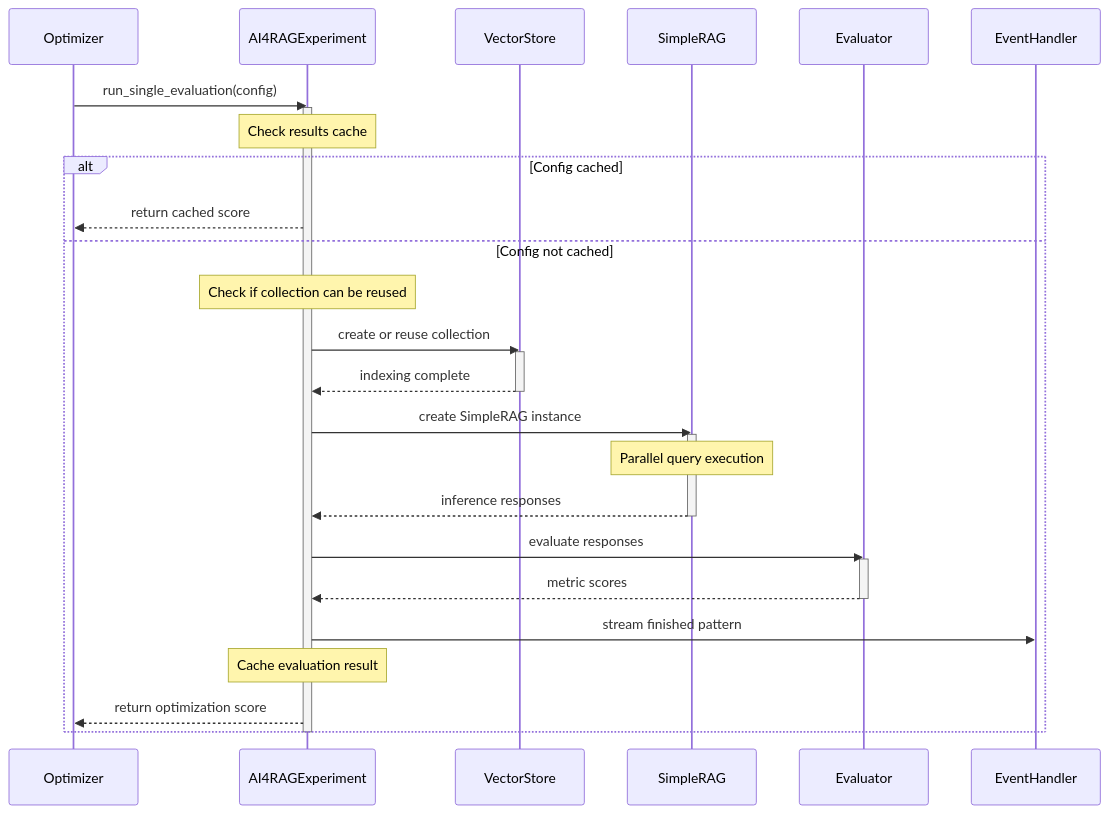
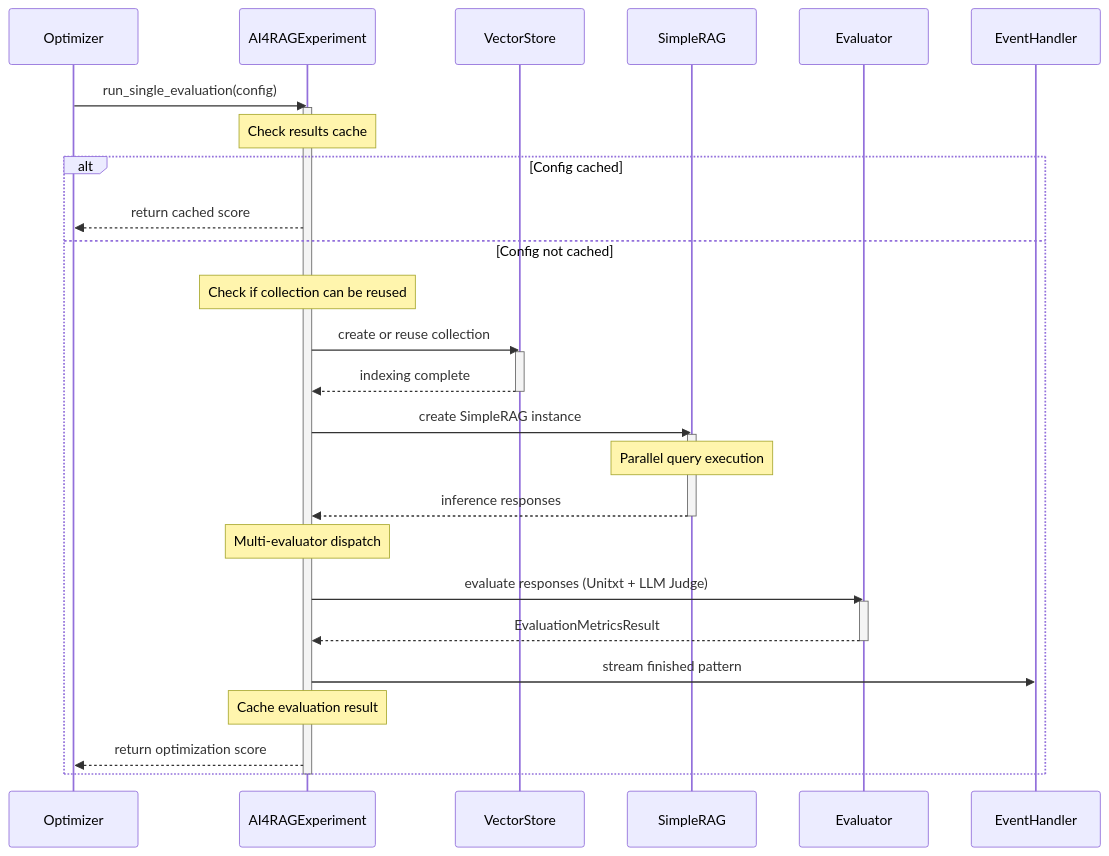
The second of 3 diagrams in docs/architecture/core-components.md (IBM/ai4rag), drawn with Mermaid before and after one commit. The commit also changed other lines of this file and 8 other files, not shown here.

````diff
--- a/docs/architecture/core-components.md
+++ b/docs/architecture/core-components.md
@@ -97,39 +97,40 @@
 ```mermaid
 sequenceDiagram
     participant Optimizer
     participant Exp as AI4RAGExperiment
     participant VS as VectorStore
     participant RAG as SimpleRAG
     participant Eval as Evaluator
     participant EH as EventHandler
 
     Optimizer->>Exp: run_single_evaluation(config)
     activate Exp
     Note over Exp: Check results cache
 
     alt Config cached
         Exp-->>Optimizer: return cached score
     else Config not cached
         Note over Exp: Check if collection can be reused
         Exp->>VS: create or reuse collection
         activate VS
         VS-->>Exp: indexing complete
         deactivate VS
 
         Exp->>RAG: create SimpleRAG instance
         activate RAG
         Note over RAG: Parallel query execution
         RAG-->>Exp: inference responses
         deactivate RAG
 
-        Exp->>Eval: evaluate responses
+        Note over Exp: Multi-evaluator dispatch
+        Exp->>Eval: evaluate responses (Unitxt + LLM Judge)
         activate Eval
-        Eval-->>Exp: metric scores
+        Eval-->>Exp: EvaluationMetricsResult
         deactivate Eval
 
         Exp->>EH: stream finished pattern
         Note over Exp: Cache evaluation result
         Exp-->>Optimizer: return optimization score
     end
     deactivate Exp
 ```
````
